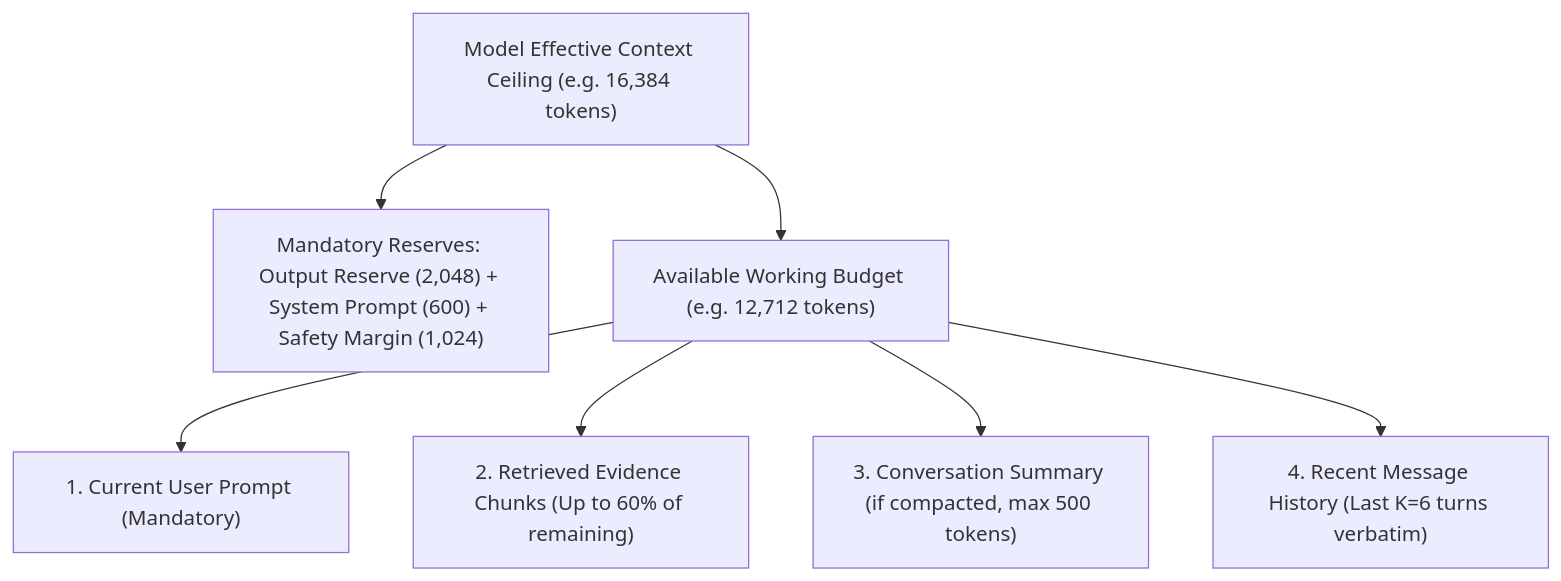
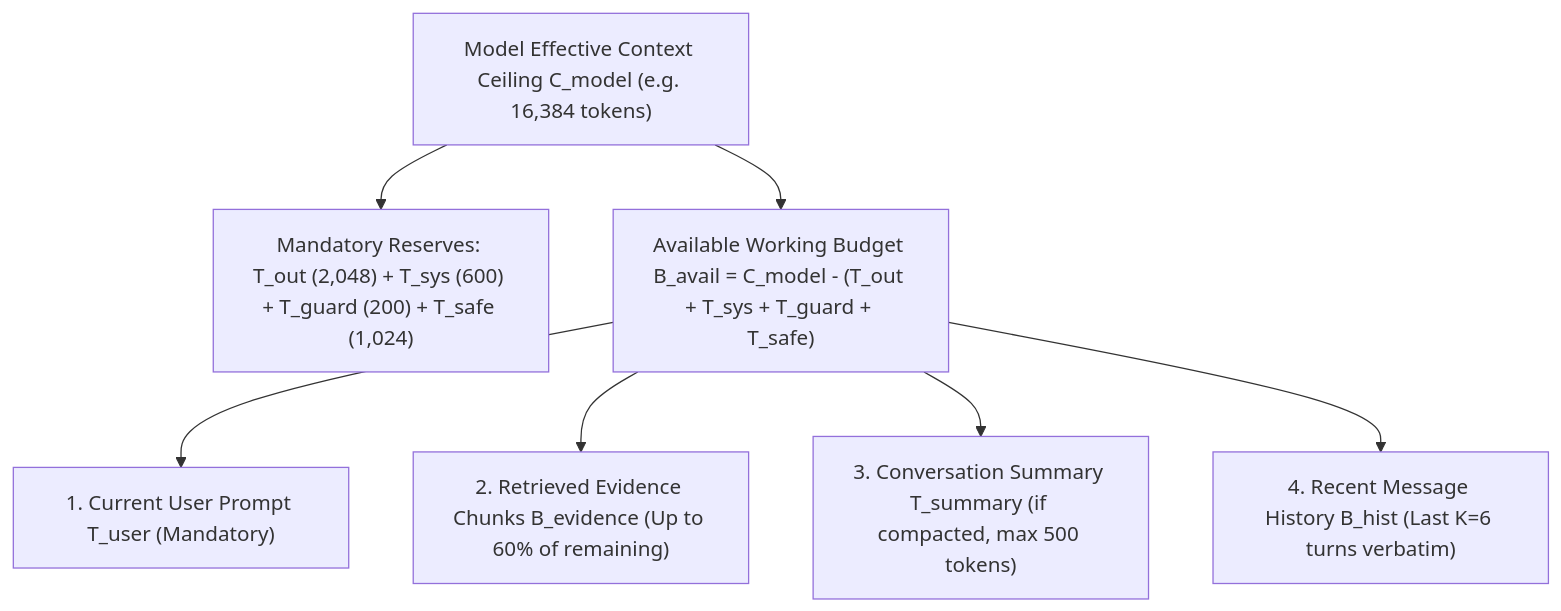
One commit to rimmon1234/RagBait changed the first of 3 diagrams in docs/phase4/CHAT_CONTEXT_AND_GUARDRAILS.md. Above: the diagram before and after it, drawn with Mermaid. The commit also changed other lines of this file and 11 other files, not shown here.

Commit message:
docs(phase4): refine embedding, provenance and generation architecture

````diff
--- a/docs/phase4/CHAT_CONTEXT_AND_GUARDRAILS.md
+++ b/docs/phase4/CHAT_CONTEXT_AND_GUARDRAILS.md
@@ -78,18 +102,18 @@
 ```mermaid
 flowchart TD
-    Total["Model Effective Context Ceiling (e.g. 16,384 tokens)"]
-    Reserves["Mandatory Reserves: Output Reserve (2,048) + System Prompt (600) + Safety Margin (1,024)"]
-    Available["Available Working Budget (e.g. 12,712 tokens)"]
+    Total["Model Effective Context Ceiling C_model (e.g. 16,384 tokens)"]
+    Reserves["Mandatory Reserves: T_out (2,048) + T_sys (600) + T_guard (200) + T_safe (1,024)"]
+    Available["Available Working Budget B_avail = C_model - (T_out + T_sys + T_guard + T_safe)"]
     
-    Prompt["1. Current User Prompt (Mandatory)"]
-    Evidence["2. Retrieved Evidence Chunks (Up to 60% of remaining)"]
-    Summary["3. Conversation Summary (if compacted, max 500 tokens)"]
-    History["4. Recent Message History (Last K=6 turns verbatim)"]
+    Prompt["1. Current User Prompt T_user (Mandatory)"]
+    Evidence["2. Retrieved Evidence Chunks B_evidence (Up to 60% of remaining)"]
+    Summary["3. Conversation Summary T_summary (if compacted, max 500 tokens)"]
+    History["4. Recent Message History B_hist (Last K=6 turns verbatim)"]
 
     Total --> Reserves
     Total --> Available
     Available --> Prompt
     Available --> Evidence
     Available --> Summary
     Available --> History
 ```
````
